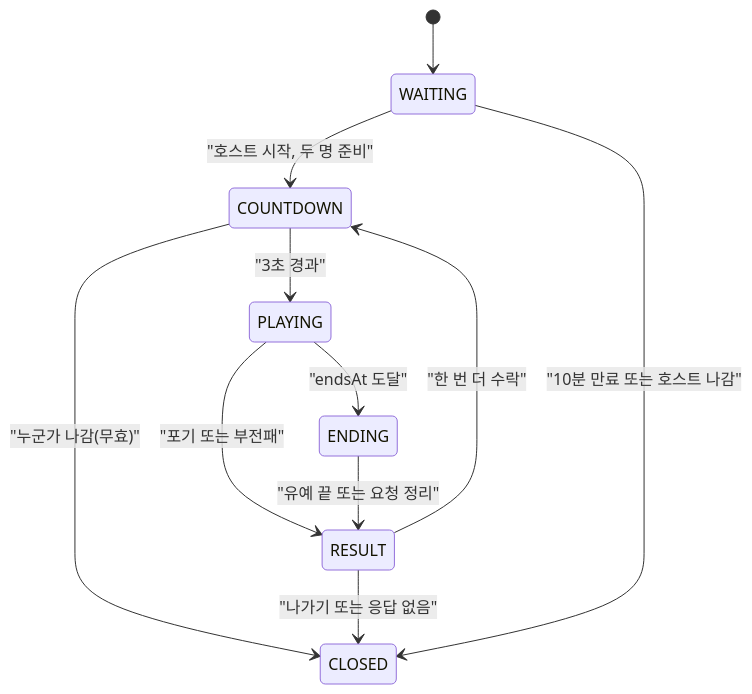
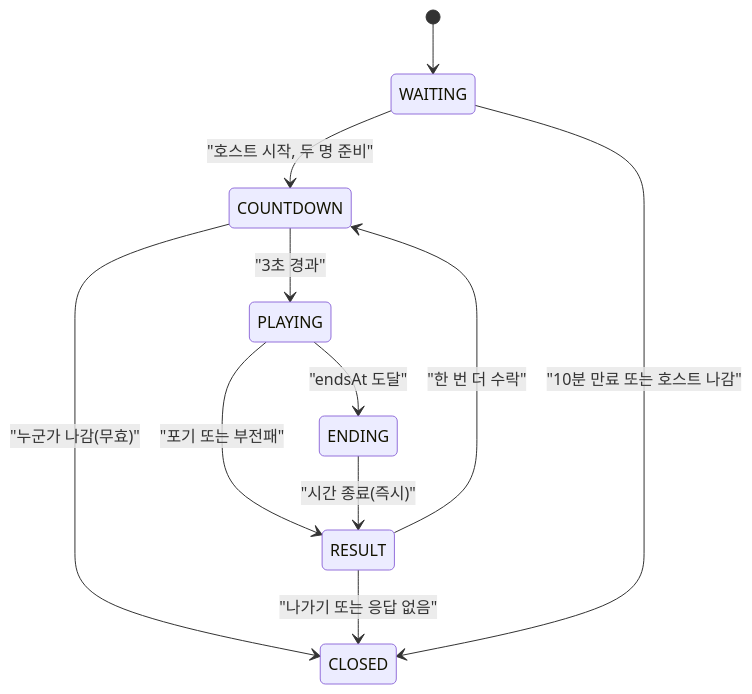
The diagram in docs/spec/02-game-rules.md (marimoa0924/promptame), drawn with Mermaid before and after one commit. The commit also changed other lines of this file and 7 other files, not shown here.

````diff
--- a/docs/spec/02-game-rules.md
+++ b/docs/spec/02-game-rules.md
@@ -21,13 +21,13 @@
 ```mermaid
 stateDiagram-v2
   [*] --> WAITING
   WAITING --> COUNTDOWN: "호스트 시작, 두 명 준비"
   COUNTDOWN --> PLAYING: "3초 경과"
   COUNTDOWN --> CLOSED: "누군가 나감(무효)"
   PLAYING --> ENDING: "endsAt 도달"
   PLAYING --> RESULT: "포기 또는 부전패"
-  ENDING --> RESULT: "유예 끝 또는 요청 정리"
+  ENDING --> RESULT: "시간 종료(즉시)"
   RESULT --> COUNTDOWN: "한 번 더 수락"
   RESULT --> CLOSED: "나가기 또는 응답 없음"
   WAITING --> CLOSED: "10분 만료 또는 호스트 나감"
 ```
````
